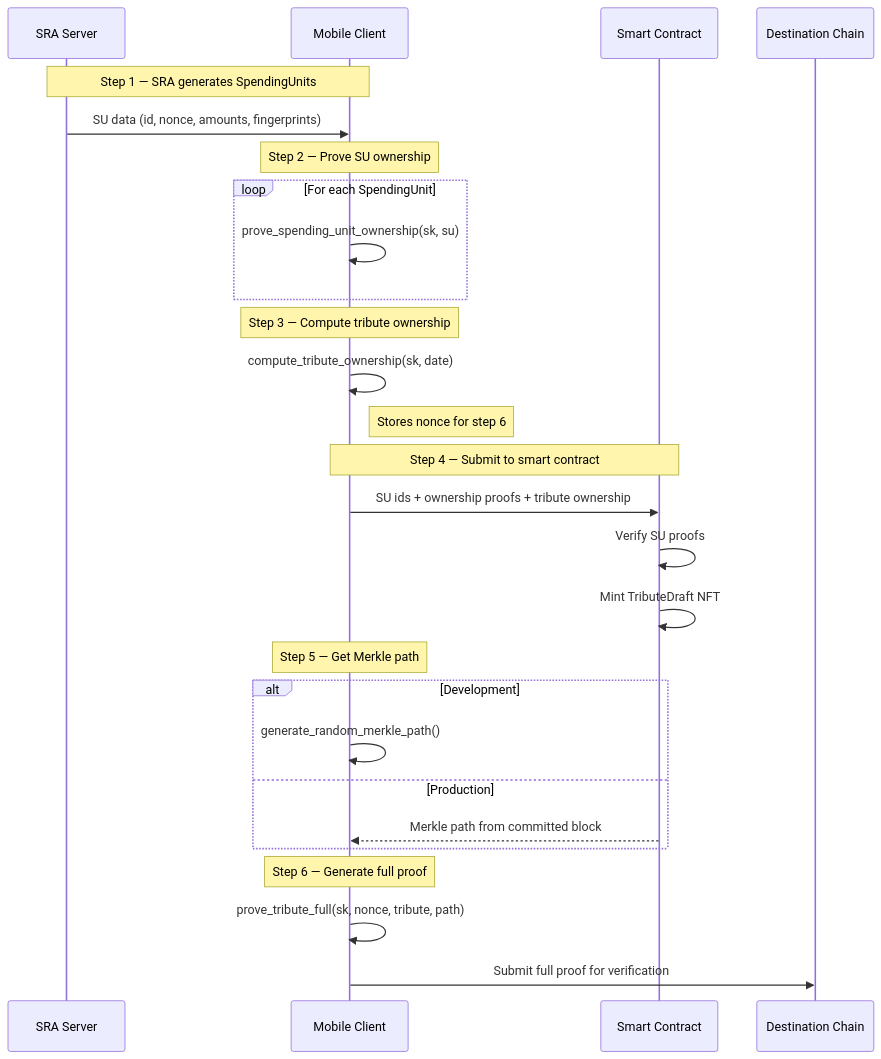
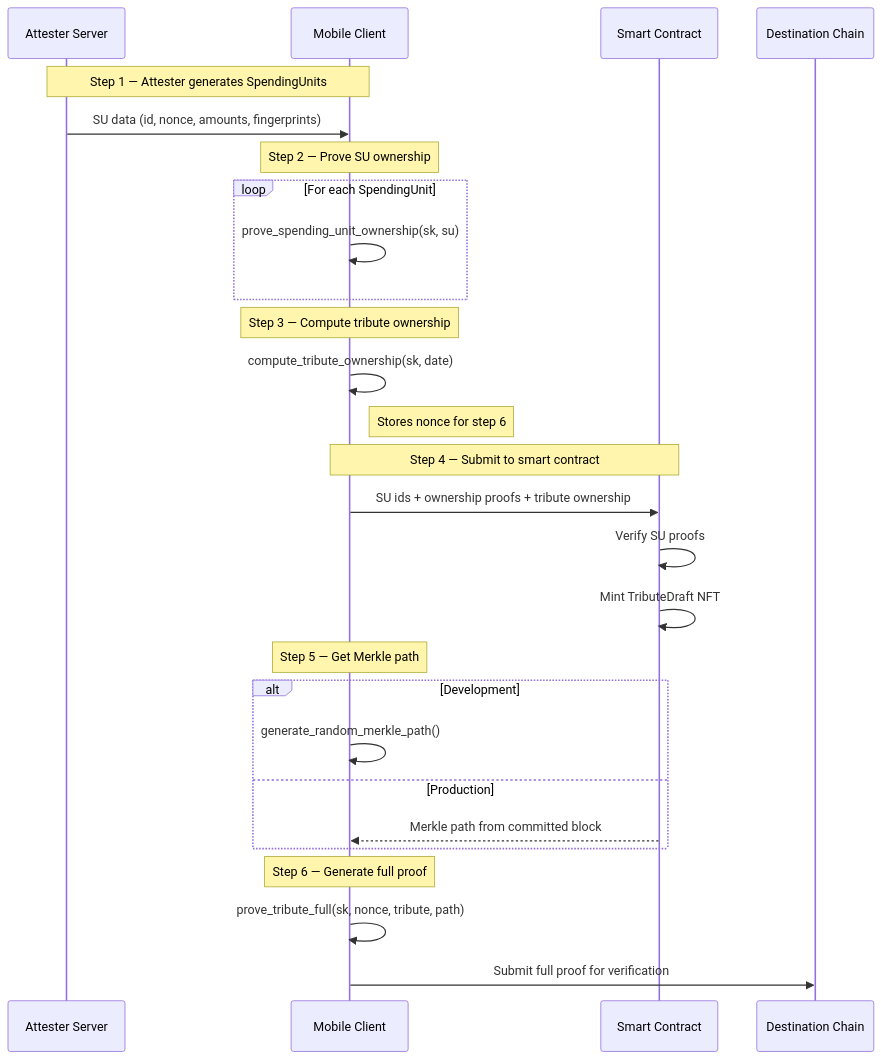
One commit to psonet/pso-integration changed the first of 2 diagrams in crates/pso-mobile-integration/README.md. Above: the diagram before and after it, drawn with Mermaid. The commit also changed other lines of this file and 80 other files, not shown here.

First line of the commit message:
refactor(integration)!: SRA→Attester rename + attester Python wheels, tests, package metadata

````diff
--- a/crates/pso-mobile-integration/README.md
+++ b/crates/pso-mobile-integration/README.md
@@ -60,35 +60,35 @@
 ```mermaid
 sequenceDiagram
-    participant SRA as SRA Server
+    participant Attester as Attester Server
     participant Client as Mobile Client
     participant SC as Smart Contract
     participant Chain as Destination Chain
 
-    Note over SRA,Client: Step 1 — SRA generates SpendingUnits
-    SRA->>Client: SU data (id, nonce, amounts, fingerprints)
+    Note over Attester,Client: Step 1 — Attester generates SpendingUnits
+    Attester->>Client: SU data (id, nonce, amounts, fingerprints)
 
     Note over Client: Step 2 — Prove SU ownership
     loop For each SpendingUnit
         Client->>Client: prove_spending_unit_ownership(sk, su)
     end
 
     Note over Client: Step 3 — Compute tribute ownership
     Client->>Client: compute_tribute_ownership(sk, date)
     Note right of Client: Stores nonce for step 6
 
     Note over Client,SC: Step 4 — Submit to smart contract
     Client->>SC: SU ids + ownership proofs + tribute ownership
     SC->>SC: Verify SU proofs
     SC->>SC: Mint TributeDraft NFT
 
     Note over Client: Step 5 — Get Merkle path
     alt Development
         Client->>Client: generate_random_merkle_path()
     else Production
         SC-->>Client: Merkle path from committed block
     end
 
     Note over Client: Step 6 — Generate full proof
     Client->>Client: prove_tribute_full(sk, nonce, tribute, path)
     Client->>Chain: Submit full proof for verification
 ```
````
